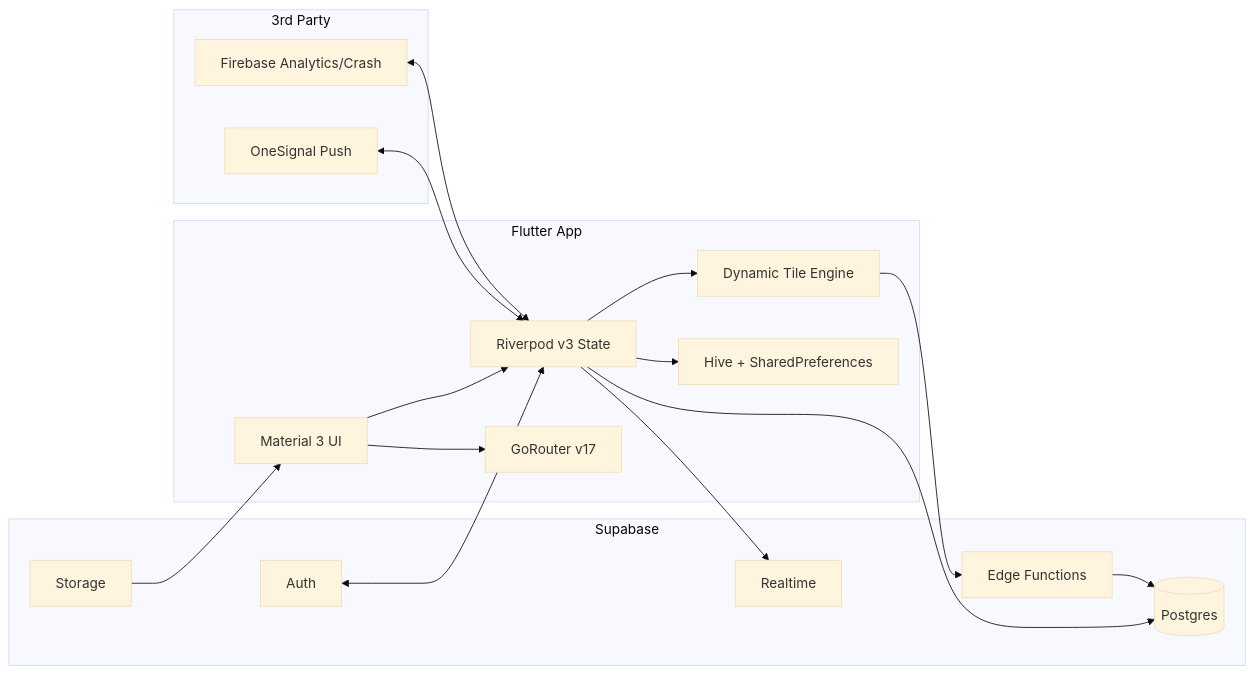
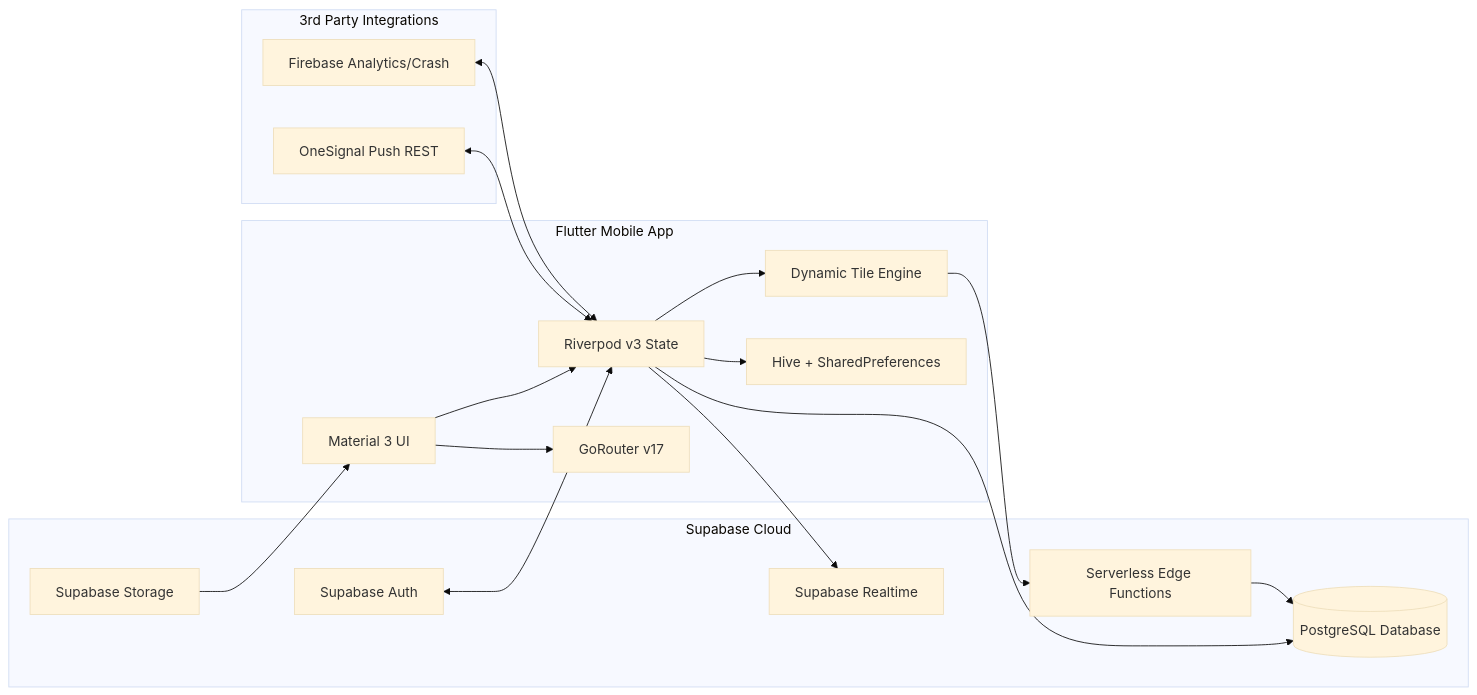
One commit to dipan0saha/nonna_app changed the first of 7 diagrams in docs/99_master_reference_docs/Nonna_App_Architecture_Diagrams.md. Above: the diagram before and after it, drawn with Mermaid (base theme). The commit also changed other lines of this file and 5 other files, not shown here.

````diff
--- a/docs/99_master_reference_docs/Nonna_App_Architecture_Diagrams.md
+++ b/docs/99_master_reference_docs/Nonna_App_Architecture_Diagrams.md
@@ -9,37 +16,37 @@
 ```mermaid
 flowchart LR
-  subgraph Client[Flutter App]
+  subgraph Client[Flutter Mobile App]
     UI[Material 3 UI]
     State[Riverpod v3 State]
     Router[GoRouter v17]
     Tiles[Dynamic Tile Engine]
     Cache[Hive + SharedPreferences]
   end
 
-  subgraph Backend[Supabase]
-    Auth[Auth]
-    DB[(Postgres)]
-    Storage[Storage]
-    Realtime[Realtime]
-    Edge[Edge Functions]
+  subgraph Backend[Supabase Cloud]
+    Auth[Supabase Auth]
+    DB[(PostgreSQL Database)]
+    Storage[Supabase Storage]
+    Realtime[Supabase Realtime]
+    Edge[Serverless Edge Functions]
   end
 
-  subgraph Integrations[3rd Party]
-    OneSignal[OneSignal Push]
+  subgraph Integrations[3rd Party Integrations]
+    OneSignal[OneSignal Push REST]
     Firebase[Firebase Analytics/Crash]
   end
 
   UI --> State
   UI --> Router
   State --> Tiles
   State --> Cache
   State --> DB
   State --> Realtime
   Tiles --> Edge
   Edge --> DB
   Storage --> UI
 
   Auth <--> State
   OneSignal <--> State
   Firebase <--> State
 ```
````
